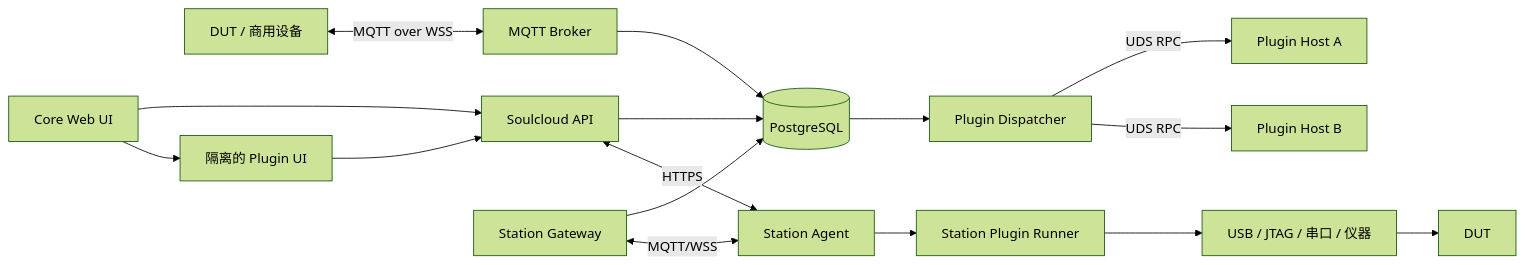
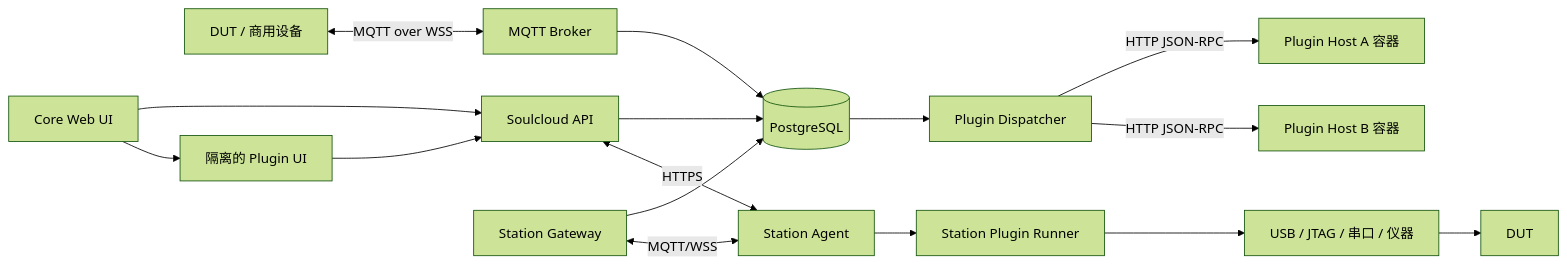
Before and after one commit to huming2207/soulcloud.js: the diagram in docs/zh/plugin-and-station-architecture.md, drawn with Mermaid (forest theme). The commit also changed other lines of this file and 52 other files, not shown here.

Commit message:
feat: containerize plugin hosts over HTTP JSON-RPC

````diff
--- a/docs/zh/plugin-and-station-architecture.md
+++ b/docs/zh/plugin-and-station-architecture.md
@@ -28,22 +28,22 @@
 ```mermaid
 flowchart LR
     Web[Core Web UI] --> API[Soulcloud API]
     Device[DUT / 商用设备] <-->|MQTT over WSS| Broker[MQTT Broker]
 
     API --> DB[(PostgreSQL)]
     Broker --> DB
     StationGateway[Station Gateway] --> DB
 
     DB --> Dispatcher[Plugin Dispatcher]
-    Dispatcher -->|UDS RPC| HostA[Plugin Host A]
-    Dispatcher -->|UDS RPC| HostB[Plugin Host B]
+    Dispatcher -->|HTTP JSON-RPC| HostA[Plugin Host A 容器]
+    Dispatcher -->|HTTP JSON-RPC| HostB[Plugin Host B 容器]
 
     Web --> PluginUI[隔离的 Plugin UI]
     PluginUI --> API
 
     API <-->|HTTPS| Agent[Station Agent]
     StationGateway <-->|MQTT/WSS| Agent
     Agent --> Runner[Station Plugin Runner]
     Runner --> Hardware[USB / JTAG / 串口 / 仪器]
     Hardware --> Target[DUT]
 ```
````
